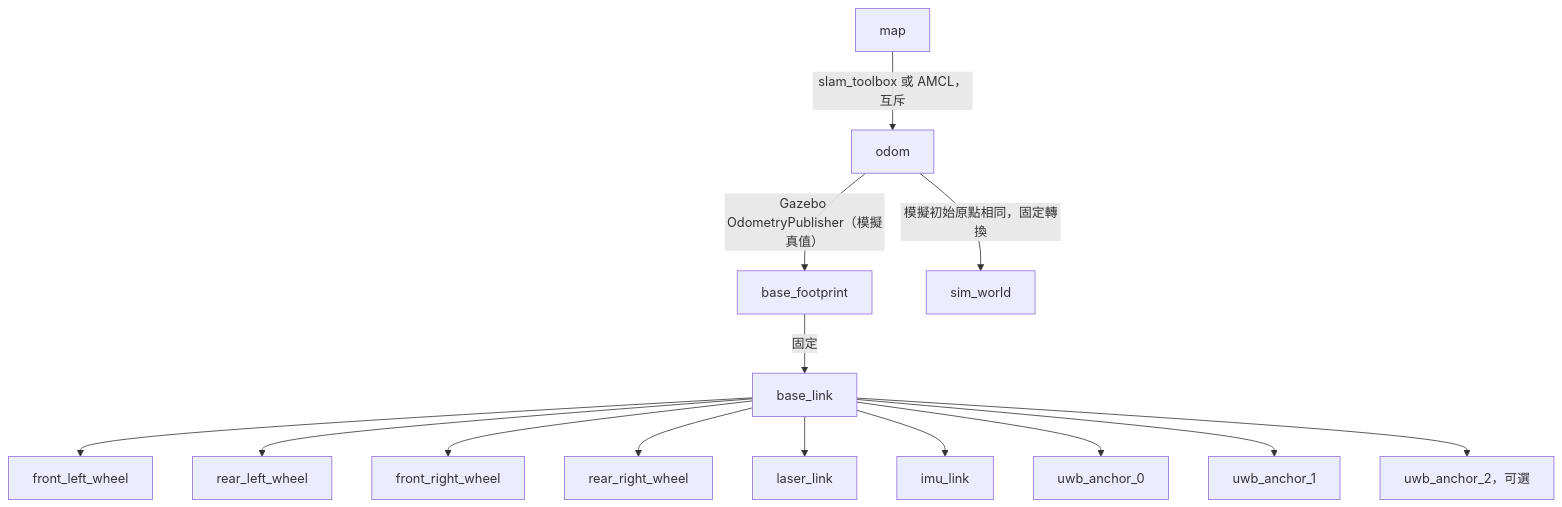
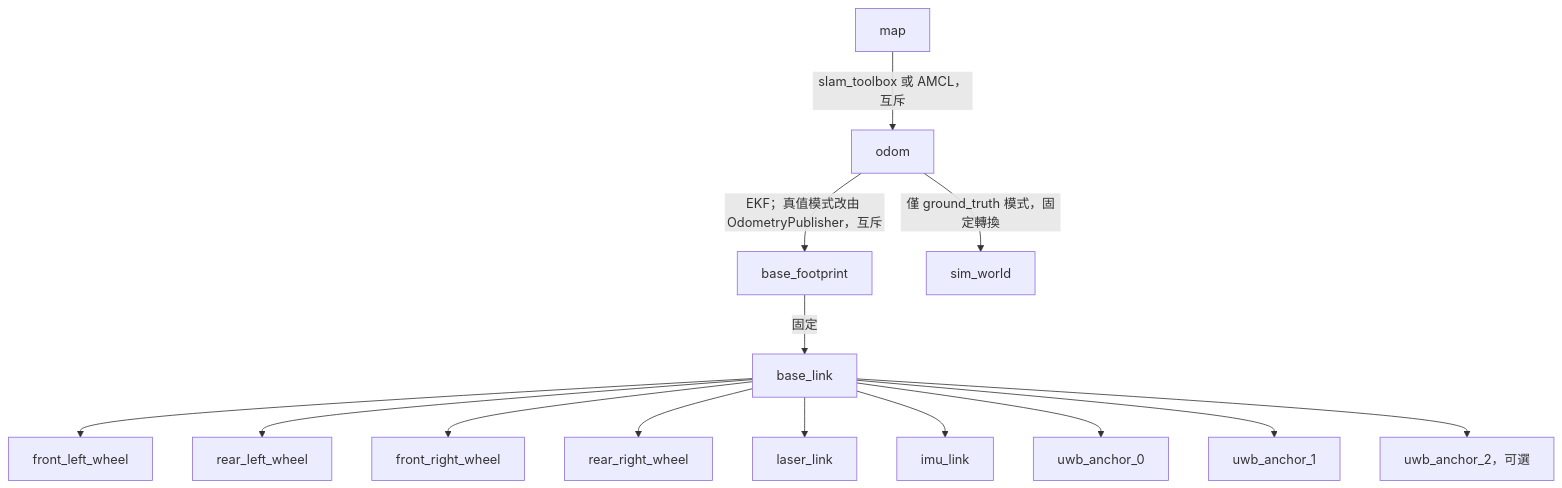
Before and after one commit to 2006wu/Almighty-shopping-car: the second of 2 diagrams in docs/ARCHITECTURE.md, drawn with Mermaid. The commit also changed other lines of this file and 25 other files, not shown here.

Commit message:
Odometry: noisy wheel odom + IMU EKF (robot_localization), odom_source ekf|ground_truth, drift monitor

````diff
--- a/docs/ARCHITECTURE.md
+++ b/docs/ARCHITECTURE.md
@@ -42,16 +45,16 @@
 ```mermaid
 flowchart TD
   map[map] -->|slam_toolbox 或 AMCL，互斥| odom[odom]
-  odom -->|Gazebo OdometryPublisher（模擬真值）| footprint[base_footprint]
+  odom -->|EKF；真值模式改由 OdometryPublisher，互斥| footprint[base_footprint]
   footprint -->|固定| base[base_link]
   base --> fl[front_left_wheel]
   base --> rl[rear_left_wheel]
   base --> fr[front_right_wheel]
   base --> rr[rear_right_wheel]
   base --> laser[laser_link]
   base --> imu[imu_link]
   base --> a0[uwb_anchor_0]
   base --> a1[uwb_anchor_1]
   base --> a2[uwb_anchor_2，可選]
-  odom -->|模擬初始原點相同，固定轉換| world[sim_world]
+  odom -->|僅 ground_truth 模式，固定轉換| world[sim_world]
 ```
````
